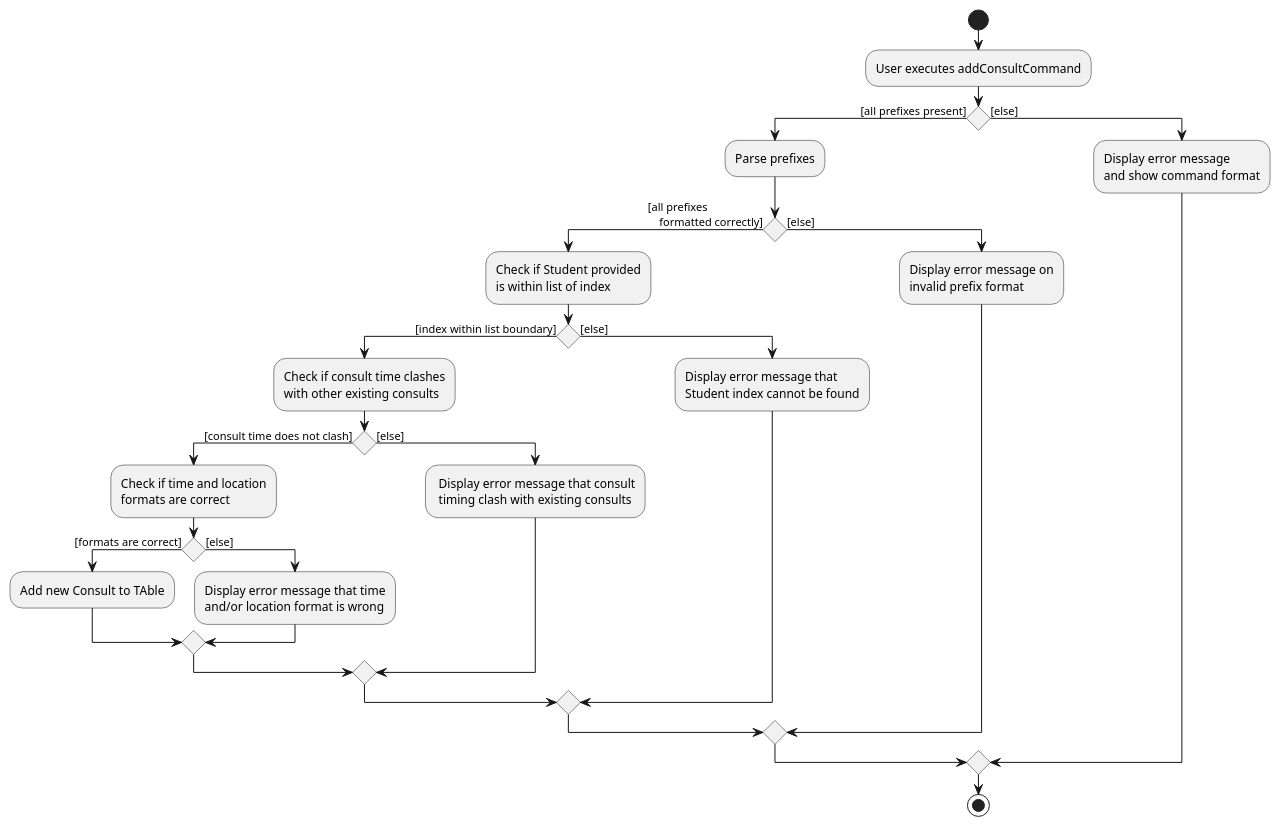
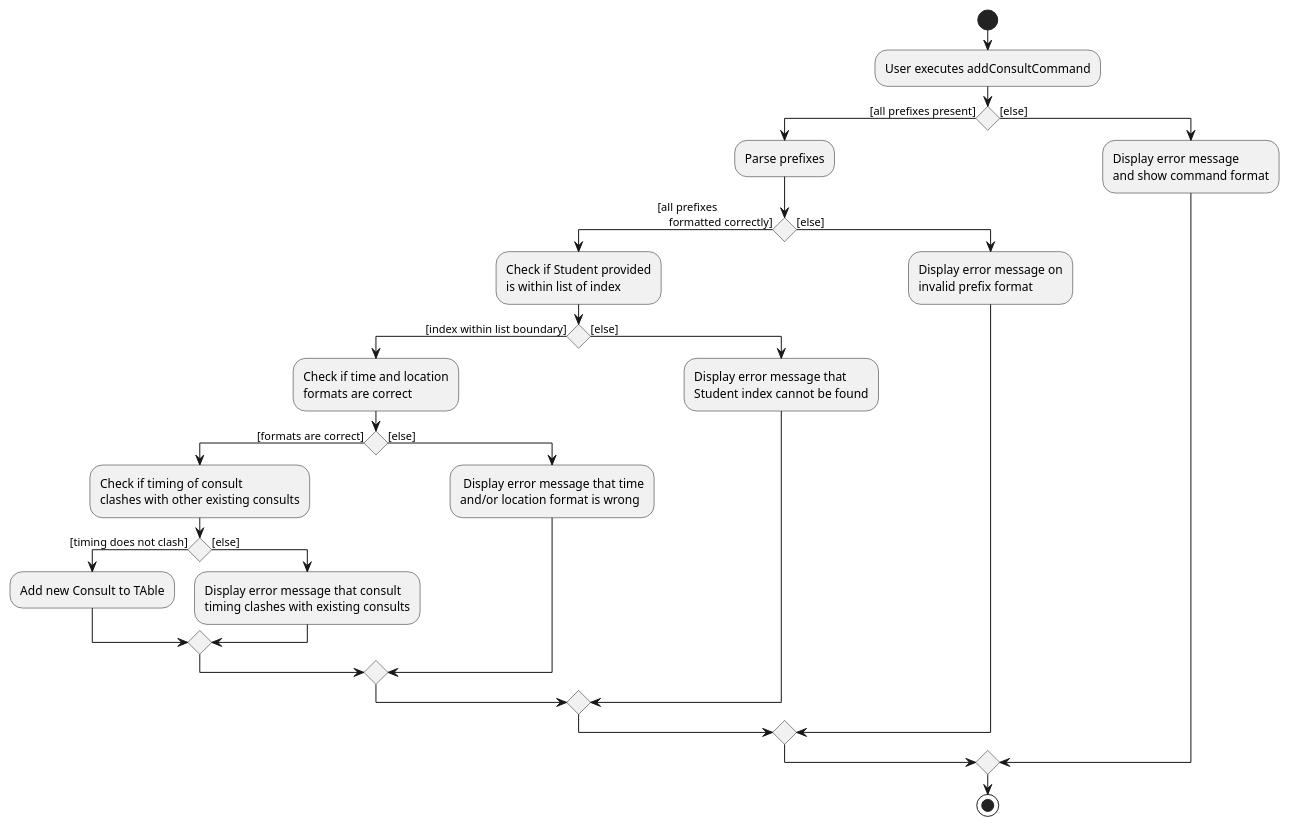
Before and after one commit to suwoons/main: the diagram in docs/diagrams/AddConsultActivityDiagram.puml, drawn with PlantUML. The commit also changed 2 other files, not shown here.

Commit message:
dg for consults

```diff
--- a/docs/diagrams/AddConsultActivityDiagram.puml
+++ b/docs/diagrams/AddConsultActivityDiagram.puml
@@ -1,41 +1,41 @@
 @startuml
 start
 :User executes addConsultCommand;
 
 
 if () then ([all prefixes present])
     :Parse prefixes;
     if () then ([all prefixes
     formatted correctly])
         :Check if Student provided
         is within list of index;
         if () then ([index within list boundary])
-            :Check if consult time clashes
-            with other existing consults;
-            if() then ([consult time does not clash])
-                :Check if time and location
-                formats are correct;
-                if() then ([formats are correct])
+            :Check if time and location
+            formats are correct;
+            if() then ([formats are correct])
+                :Check if timing of consult
+                clashes with other existing consults;
+                if() then ([timing does not clash])
                     :Add new Consult to TAble;
                  else ([else])
-                    :Display error message that time
-                    and/or location format is wrong;
+                    :Display error message that consult
+                    timing clashes with existing consults;
                 endif
             else ([else])
-                : Display error message that consult
-                 timing clash with existing consults;
+                : Display error message that time
+                and/or location format is wrong;
             endif
         else ([else])
             :Display error message that
             Student index cannot be found;
         endif
     else ([else])
         :Display error message on
         invalid prefix format;
     endif
 else ([else])
     :Display error message
     and show command format;
 endif
 stop
 @enduml
```
